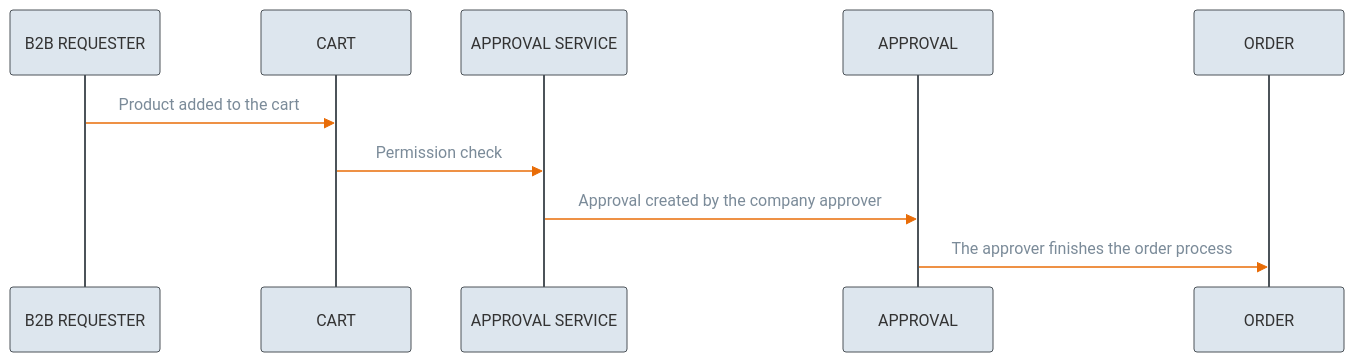
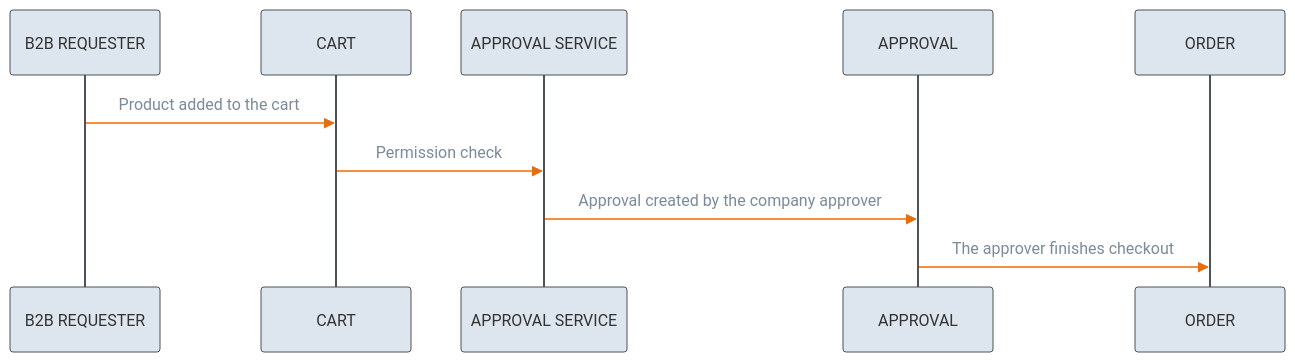
Before and after one commit to emporix/api-references: the fourth of 7 diagrams in companies-and-customers/approval-service/approval.md, drawn with Mermaid. The commit also changed other lines of this file and 1 other file, not shown here.

````diff
--- a/companies-and-customers/approval-service/approval.md
+++ b/companies-and-customers/approval-service/approval.md
@@ -147,27 +182,27 @@
 ```mermaid
 ---
 config:
   layout: fixed
   theme: base
   themeVariables:
     primaryColor: '#DDE6EE'
     primaryBorderColor: '#4C5359'
     actorBkg: '#DDE6EE'
     actorBorder: '#4C5359'
     actorLineColor: '#4C5359'
     signalColor: '#E86C07'
     signalTextColor: '#7B8B99'
     background: transparent 
 ---
 sequenceDiagram
     participant BR as B2B REQUESTER
     participant C as CART
     participant AS as APPROVAL SERVICE
     participant A as APPROVAL
     participant O as ORDER
 
     BR->>C: Product added to the cart
     C->>AS: Permission check
     AS->>A: Approval created by the company approver
-    A->>O: The approver finishes the order process
+    A->>O: The approver finishes checkout
 ```
````
